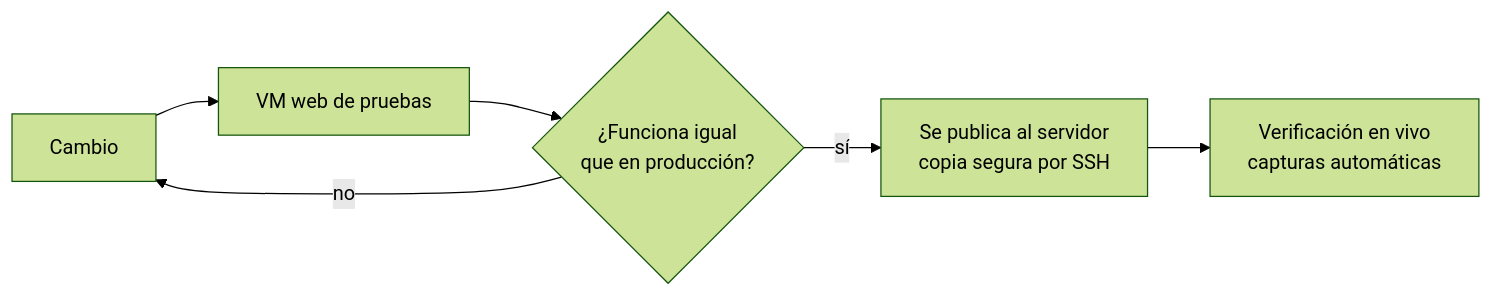
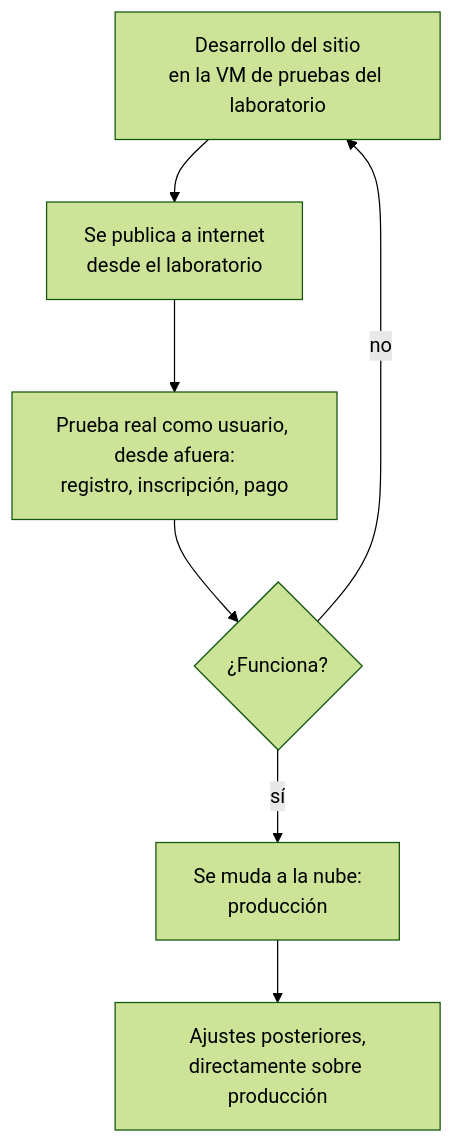
Before and after one commit to druidatech-net/infraestructura-druidatech: the second of 3 diagrams in README.md, drawn with Mermaid (forest theme). The commit also changed other lines of this file, not shown here.

Commit message:
Cómo nace un sitio: desarrollo en el laboratorio, prueba real publicada a internet, mudanza a la nube; ajustes sobre producción

````diff
--- a/README.md
+++ b/README.md
@@ -122,8 +122,9 @@
 ```mermaid
-flowchart LR
-    A[Cambio] --> B[VM web de pruebas]
-    B --> C{¿Funciona igual<br/>que en producción?}
-    C -->|no| A
-    C -->|sí| D[Se publica al servidor<br/>copia segura por SSH]
-    D --> E[Verificación en vivo<br/>capturas automáticas]
+flowchart TB
+    A[Desarrollo del sitio<br/>en la VM de pruebas del laboratorio] --> B[Se publica a internet<br/>desde el laboratorio]
+    B --> C[Prueba real como usuario, desde afuera:<br/>registro, inscripción, pago]
+    C --> D{¿Funciona?}
+    D -->|no| A
+    D -->|sí| E[Se muda a la nube:<br/>producción]
+    E --> F[Ajustes posteriores,<br/>directamente sobre producción]
 ```
````
